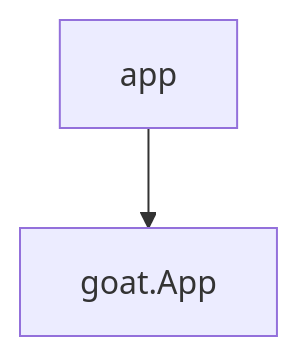
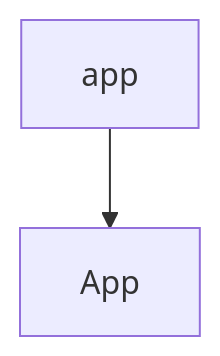
The diagram in .swm/wrapping-your-first-function.2tsvu.sw.md (tmr232/goat), drawn with Mermaid before and after one commit. The commit also changed other lines of this file, not shown here.

````diff
--- a/.swm/wrapping-your-first-function.2tsvu.sw.md
+++ b/.swm/wrapping-your-first-function.2tsvu.sw.md
@@ -79,5 +79,4 @@
 ```mermaid
 graph TD
-
-A[ app] --> B[ goat.App]
+A[ app] --> B[ App]
 ```
````
